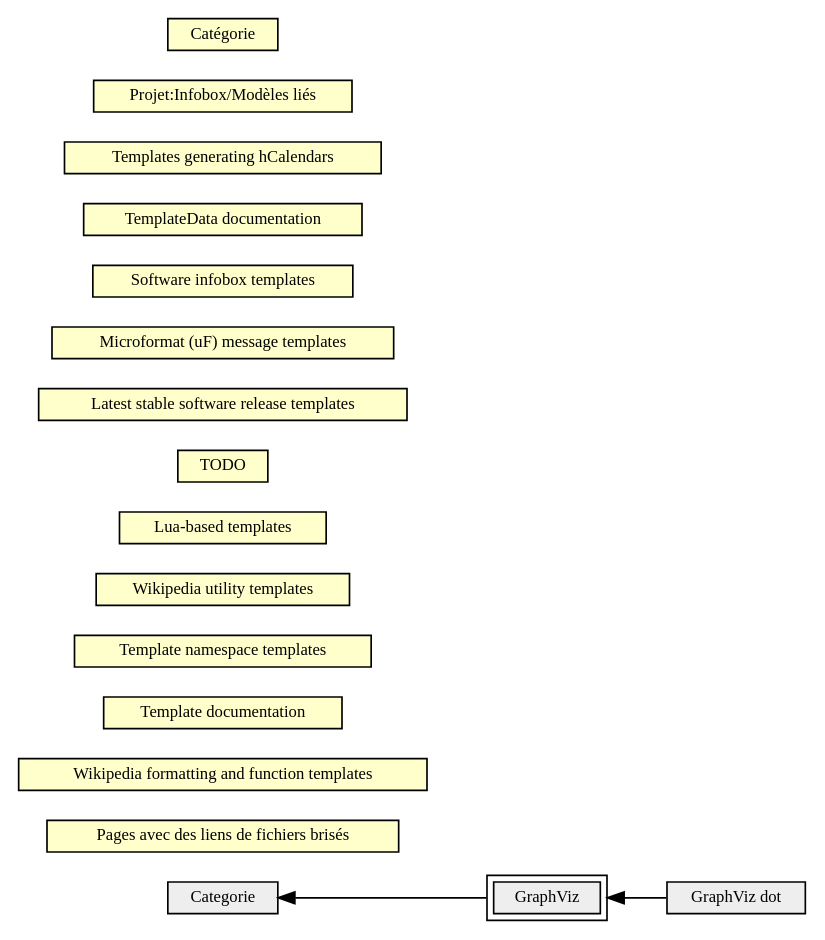
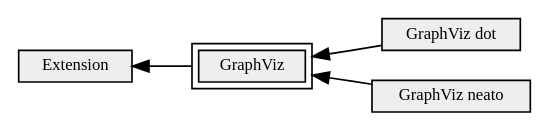
One commit to SOCLE15/mMediaWiki changed the diagram in images/xyGraphvizCache/cd002ceeb6d4b8f3308e279ad63e53f8.dot. Above: the diagram before and after it, drawn with Graphviz. The commit also changed 80 other files, not shown here.

```diff
--- a/images/xyGraphvizCache/cd002ceeb6d4b8f3308e279ad63e53f8.dot
+++ b/images/xyGraphvizCache/cd002ceeb6d4b8f3308e279ad63e53f8.dot
@@ -1,24 +1,12 @@
 digraph a {
 size="8,20";
 rankdir=LR;
 node [height=0 style="filled", shape="box", font="Helvetica-Bold", fontsize="10", color="#00000"];
 "GraphViz" -> "GraphViz_dot" [dir=back];
-"Categorie" -> "GraphViz" [dir=back];
-"Categorie" [URL="http://smw.learning-socle.org/index.php/Cat%C3%A9gorie:Categorie",peripheries=1,label="Categorie",fillcolor="#EEEEEE"];
+"GraphViz" -> "GraphViz_neato" [dir=back];
+"Extension" -> "GraphViz" [dir=back];
+"Extension" [URL="http://smw.learning-socle.org/index.php/Cat%C3%A9gorie:Extension",peripheries=1,label="Extension",fillcolor="#EEEEEE"];
 "GraphViz" [URL="http://smw.learning-socle.org/index.php/Cat%C3%A9gorie:GraphViz",peripheries=2,label="GraphViz",fillcolor="#EEEEEE"];
 "GraphViz_dot" [URL="http://smw.learning-socle.org/index.php/Cat%C3%A9gorie:GraphViz_dot",peripheries=1,label="GraphViz dot",fillcolor="#EEEEEE"];
-"Pages_avec_des_liens_de_fichiers_brisés" [URL="http://smw.learning-socle.org/index.php/Cat%C3%A9gorie:Pages_avec_des_liens_de_fichiers_bris%C3%A9s",peripheries=1,label="Pages avec des liens de fichiers brisés",fillcolor="#FFFFCC"];
-"Wikipedia_formatting_and_function_templates" [URL="http://smw.learning-socle.org/index.php/Cat%C3%A9gorie:Wikipedia_formatting_and_function_templates",peripheries=1,label="Wikipedia formatting and function templates",fillcolor="#FFFFCC"];
-"Template_documentation" [URL="http://smw.learning-socle.org/index.php/Cat%C3%A9gorie:Template_documentation",peripheries=1,label="Template documentation",fillcolor="#FFFFCC"];
-"Template_namespace_templates" [URL="http://smw.learning-socle.org/index.php/Cat%C3%A9gorie:Template_namespace_templates",peripheries=1,label="Template namespace templates",fillcolor="#FFFFCC"];
-"Wikipedia_utility_templates" [URL="http://smw.learning-socle.org/index.php/Cat%C3%A9gorie:Wikipedia_utility_templates",peripheries=1,label="Wikipedia utility templates",fillcolor="#FFFFCC"];
-"Lua-based_templates" [URL="http://smw.learning-socle.org/index.php/Cat%C3%A9gorie:Lua-based_templates",peripheries=1,label="Lua-based templates",fillcolor="#FFFFCC"];
-"TODO" [URL="http://smw.learning-socle.org/index.php/Cat%C3%A9gorie:TODO",peripheries=1,label="TODO",fillcolor="#FFFFCC"];
-"Latest_stable_software_release_templates" [URL="http://smw.learning-socle.org/index.php/Cat%C3%A9gorie:Latest_stable_software_release_templates",peripheries=1,label="Latest stable software release templates",fillcolor="#FFFFCC"];
-"Microformat_(uF)_message_templates" [URL="http://smw.learning-socle.org/index.php/Cat%C3%A9gorie:Microformat_(uF)_message_templates",peripheries=1,label="Microformat (uF) message templates",fillcolor="#FFFFCC"];
-"Software_infobox_templates" [URL="http://smw.learning-socle.org/index.php/Cat%C3%A9gorie:Software_infobox_templates",peripheries=1,label="Software infobox templates",fillcolor="#FFFFCC"];
-"TemplateData_documentation" [URL="http://smw.learning-socle.org/index.php/Cat%C3%A9gorie:TemplateData_documentation",peripheries=1,label="TemplateData documentation",fillcolor="#FFFFCC"];
-"Templates_generating_hCalendars" [URL="http://smw.learning-socle.org/index.php/Cat%C3%A9gorie:Templates_generating_hCalendars",peripheries=1,label="Templates generating hCalendars",fillcolor="#FFFFCC"];
-"Projet:Infobox/Modèles_liés" [URL="http://smw.learning-socle.org/index.php/Cat%C3%A9gorie:Projet:Infobox/Mod%C3%A8les_li%C3%A9s",peripheries=1,label="Projet:Infobox/Modèles liés",fillcolor="#FFFFCC"];
-"Catégorie" [URL="http://smw.learning-socle.org/index.php/Cat%C3%A9gorie:Cat%C3%A9gorie",peripheries=1,label="Catégorie",fillcolor="#FFFFCC"];
+"GraphViz_neato" [URL="http://smw.learning-socle.org/index.php/Cat%C3%A9gorie:GraphViz_neato",peripheries=1,label="GraphViz neato",fillcolor="#EEEEEE"];
 }
```
